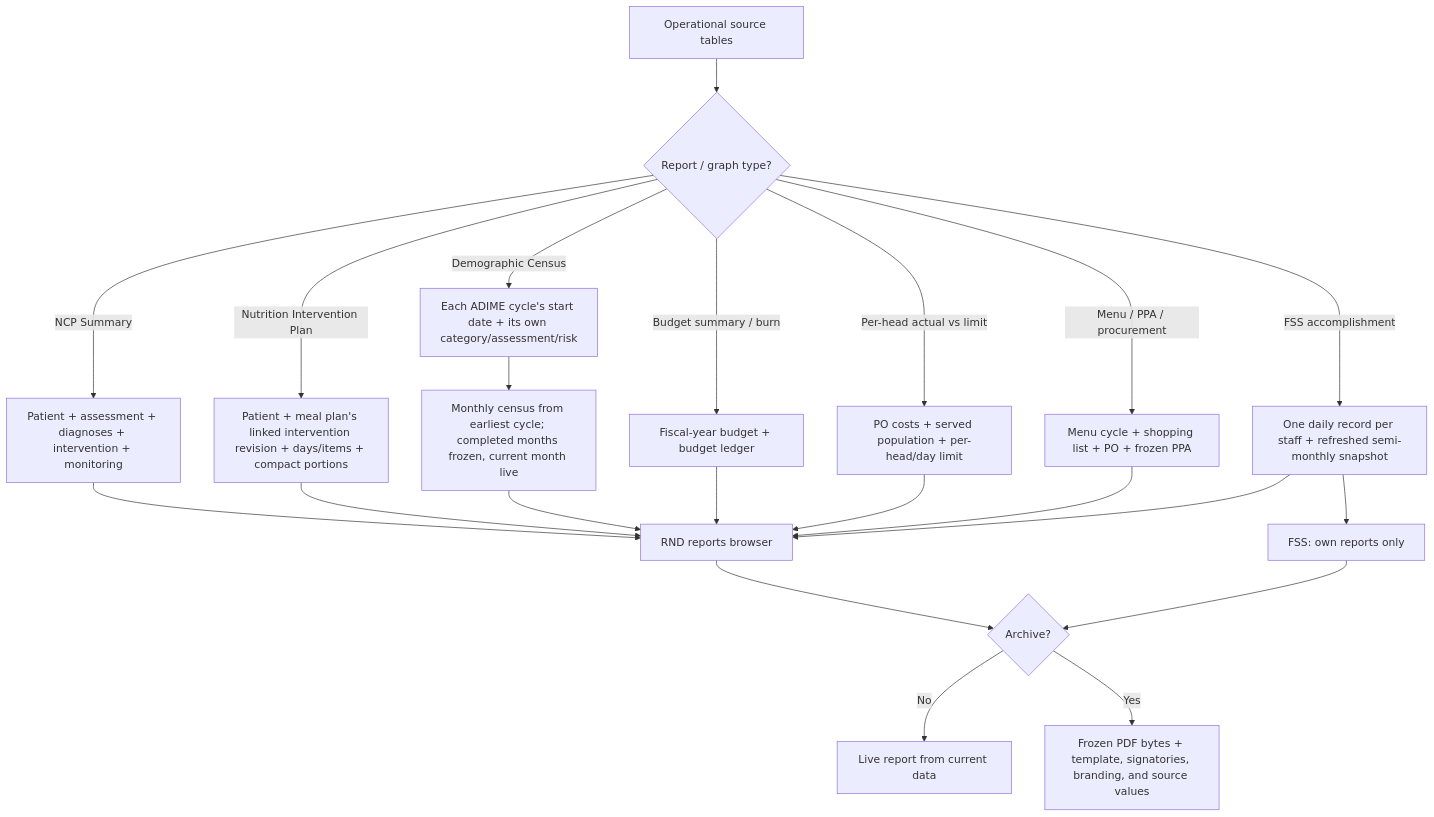
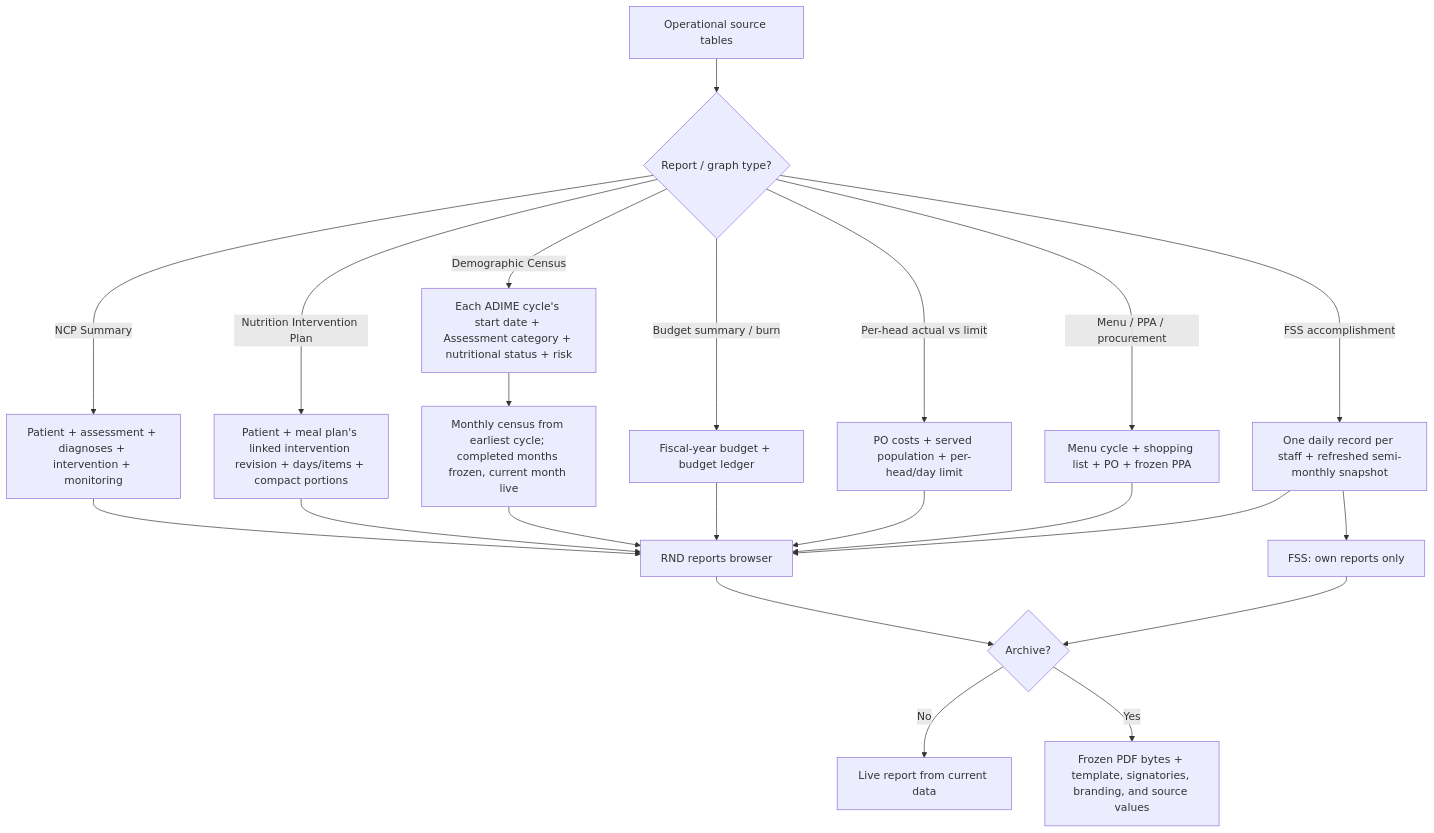
One commit to ja2gc/Nutriscope changed the eighth of 9 diagrams in docs/module-workflow-flowchart.md. Above: the diagram before and after it, drawn with Mermaid. The commit also changed other lines of this file and 29 other files, not shown here.

````diff
--- a/docs/module-workflow-flowchart.md
+++ b/docs/module-workflow-flowchart.md
@@ -275,26 +278,26 @@
 ```mermaid
 flowchart TD
     A["Operational source tables"] --> B{"Report / graph type?"}
     B -->|"NCP Summary"| C["Patient + assessment + diagnoses + intervention + monitoring"]
     B -->|"Nutrition Intervention Plan"| D["Patient + meal plan's linked intervention revision + days/items + compact portions"]
-    B -->|"Demographic Census"| E["Each ADIME cycle's start date + its own category/assessment/risk"]
+    B -->|"Demographic Census"| E["Each ADIME cycle's start date + Assessment category + nutritional status + risk"]
     B -->|"Budget summary / burn"| F["Fiscal-year budget + budget ledger"]
     B -->|"Per-head actual vs limit"| G["PO costs + served population + per-head/day limit"]
     B -->|"Menu / PPA / procurement"| H["Menu cycle + shopping list + PO + frozen PPA"]
     B -->|"FSS accomplishment"| I["One daily record per staff + refreshed semi-monthly snapshot"]
 
     C --> J["RND reports browser"]
     D --> J
     E --> O["Monthly census from earliest cycle; completed months frozen, current month live"]
     O --> J
     F --> J
     G --> J
     H --> J
     I --> J
     I --> K["FSS: own reports only"]
 
     J --> L{"Archive?"}
     K --> L
     L -->|"No"| M["Live report from current data"]
     L -->|"Yes"| N["Frozen PDF bytes + template, signatories, branding, and source values"]
 ```
````
